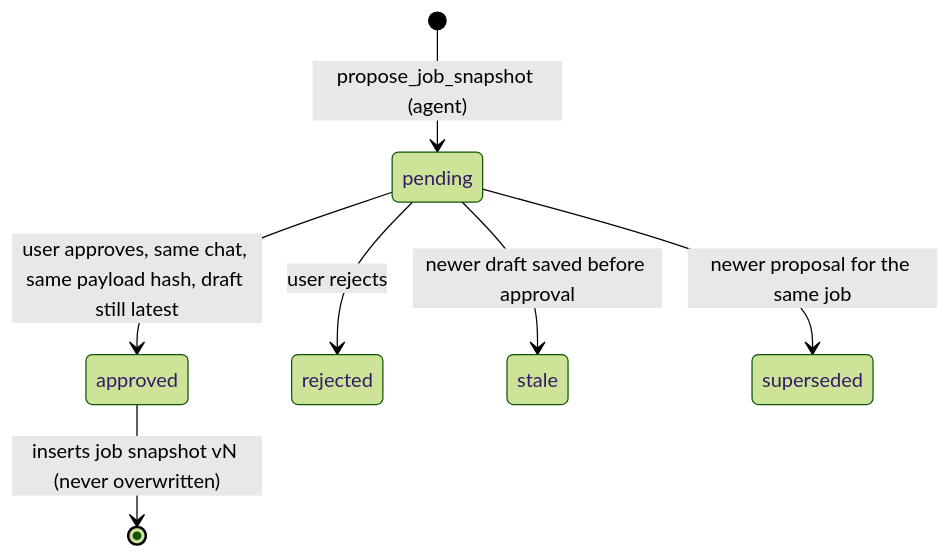
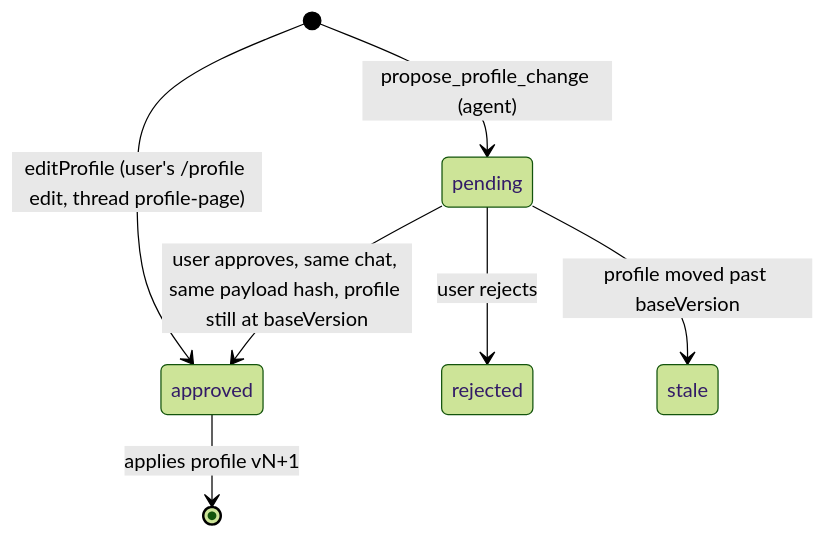
Before and after one commit to pppdns/job-agent-mastra: the diagram in packages/db/AGENTS.md, drawn with Mermaid (forest theme). The commit also changed other lines of this file and 9 other files, not shown here.

Commit message:
Update docs for approval-free assessments and direct profile edits

````diff
--- a/packages/db/AGENTS.md
+++ b/packages/db/AGENTS.md
@@ -15,9 +15,9 @@
 ```mermaid
 stateDiagram-v2
-  [*] --> pending: propose_job_snapshot (agent)
-  pending --> approved: user approves, same chat, same payload hash, draft still latest
+  [*] --> pending: propose_profile_change (agent)
+  pending --> approved: user approves, same chat, same payload hash, profile still at baseVersion
   pending --> rejected: user rejects
-  pending --> stale: newer draft saved before approval
-  pending --> superseded: newer proposal for the same job
-  approved --> [*]: inserts job snapshot vN (never overwritten)
+  pending --> stale: profile moved past baseVersion
+  approved --> [*]: applies profile vN+1
+  [*] --> approved: editProfile (user's /profile edit, thread profile-page)
 ```
````
